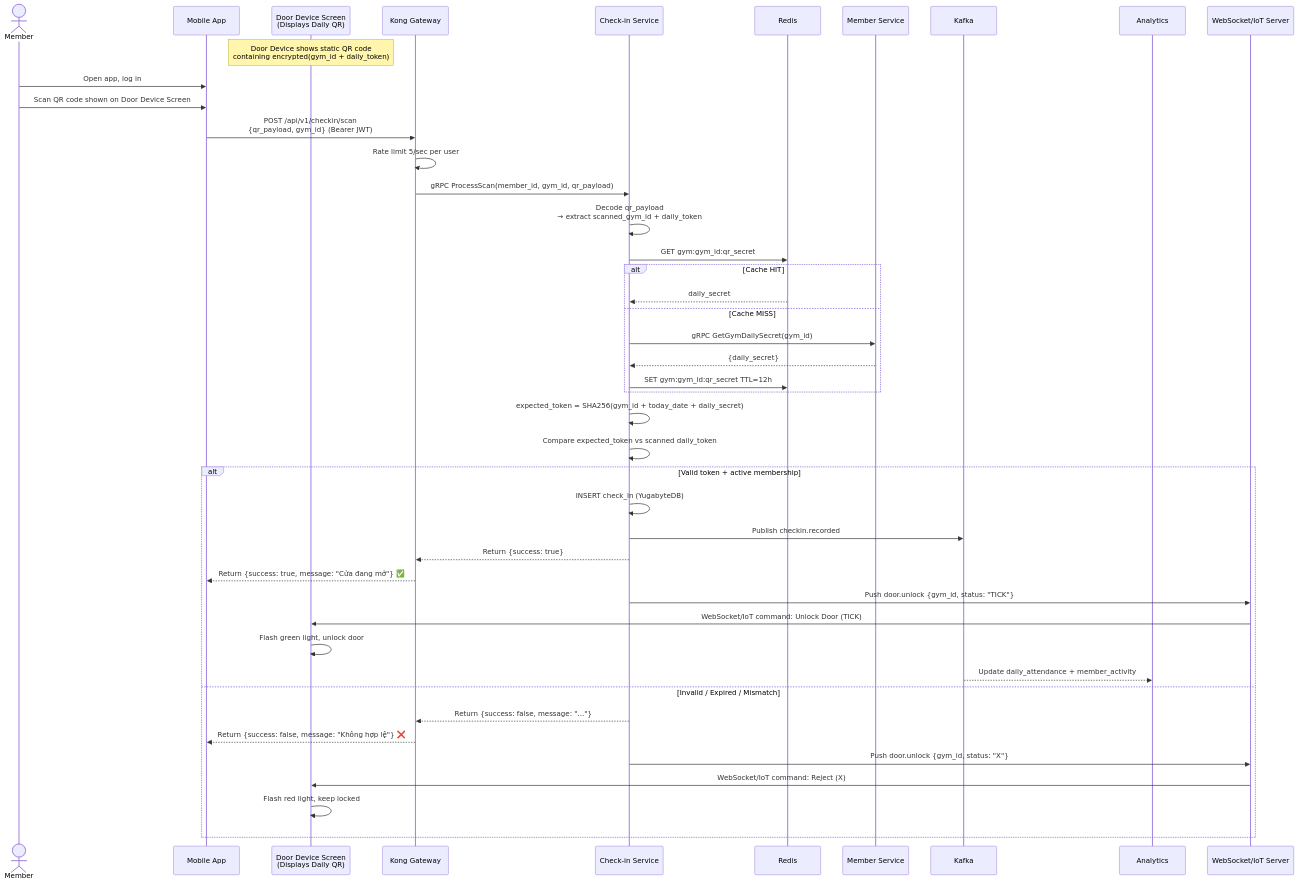
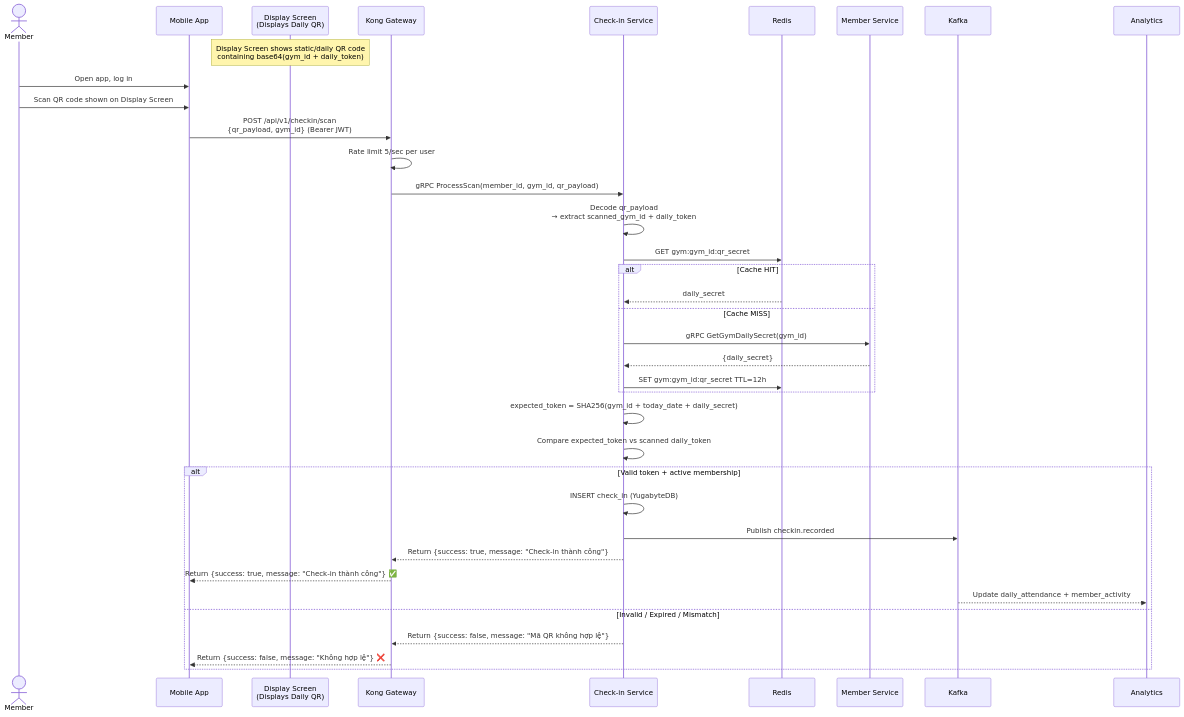
One commit to pploc/gym-architect changed the sixth of 14 diagrams in flows/01-business-flows.md. Above: the diagram before and after it, drawn with Mermaid. The commit also changed 4 other files, not shown here.

Commit message:
docs: simplify QR check-in flow to display screen without hardware door locks

````diff
--- a/flows/01-business-flows.md
+++ b/flows/01-business-flows.md
@@ -202,53 +202,45 @@
 ```mermaid
 sequenceDiagram
     actor M as Member
     participant APP as Mobile App
-    participant D as Door Device Screen<br/>(Displays Daily QR)
+    participant S as Display Screen<br/>(Displays Daily QR)
     participant K as Kong Gateway
     participant CS as Check-in Service
     participant R as Redis
     participant MS as Member Service
     participant KF as Kafka
     participant AS as Analytics
-    participant WS as WebSocket/IoT Server
 
-    Note over D: Door Device shows static QR code<br/>containing encrypted(gym_id + daily_token)
+    Note over S: Display Screen shows static/daily QR code<br/>containing base64(gym_id + daily_token)
     M->>APP: Open app, log in
-    M->>APP: Scan QR code shown on Door Device Screen
+    M->>APP: Scan QR code shown on Display Screen
     
     APP->>K: POST /api/v1/checkin/scan<br/>{qr_payload, gym_id} (Bearer JWT)
     K->>K: Rate limit 5/sec per user
     K->>CS: gRPC ProcessScan(member_id, gym_id, qr_payload)
 
     CS->>CS: Decode qr_payload<br/>→ extract scanned_gym_id + daily_token
 
     CS->>R: GET gym:gym_id:qr_secret
     alt Cache HIT
         R-->>CS: daily_secret
     else Cache MISS
         CS->>MS: gRPC GetGymDailySecret(gym_id)
         MS-->>CS: {daily_secret}
         CS->>R: SET gym:gym_id:qr_secret TTL=12h
     end
 
     CS->>CS: expected_token = SHA256(gym_id + today_date + daily_secret)
     CS->>CS: Compare expected_token vs scanned daily_token
 
     alt Valid token + active membership
         CS->>CS: INSERT check_in (YugabyteDB)
         CS->>KF: Publish checkin.recorded
-        CS-->>K: Return {success: true}
-        K-->>APP: Return {success: true, message: "Cửa đang mở"} ✅
-        
-        CS->>WS: Push door.unlock {gym_id, status: "TICK"}
-        WS->>D: WebSocket/IoT command: Unlock Door (TICK)
-        D->>D: Flash green light, unlock door
+        CS-->>K: Return {success: true, message: "Check-in thành công"}
+        K-->>APP: Return {success: true, message: "Check-in thành công"} ✅
         KF-->>AS: Update daily_attendance + member_activity
     else Invalid / Expired / Mismatch
-        CS-->>K: Return {success: false, message: "..."}
+        CS-->>K: Return {success: false, message: "Mã QR không hợp lệ"}
         K-->>APP: Return {success: false, message: "Không hợp lệ"} ❌
-        CS->>WS: Push door.unlock {gym_id, status: "X"}
-        WS->>D: WebSocket/IoT command: Reject (X)
-        D->>D: Flash red light, keep locked
     end
 ```
````
